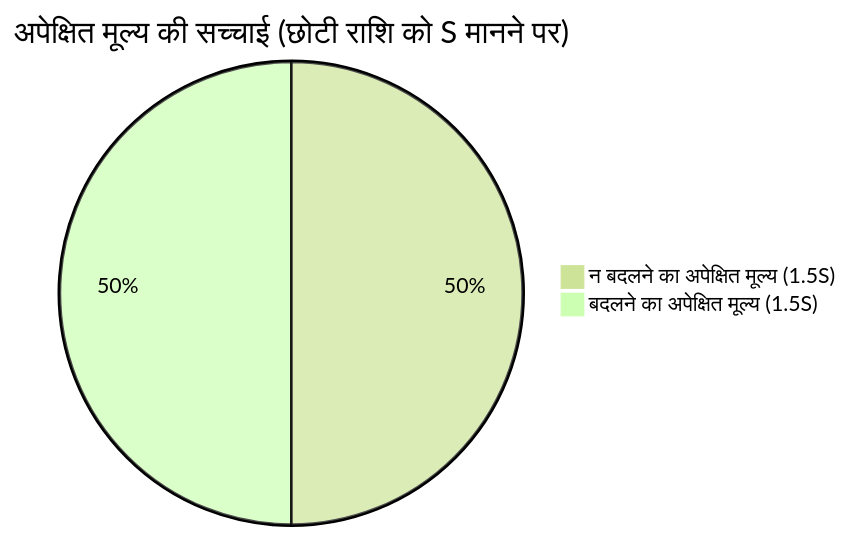
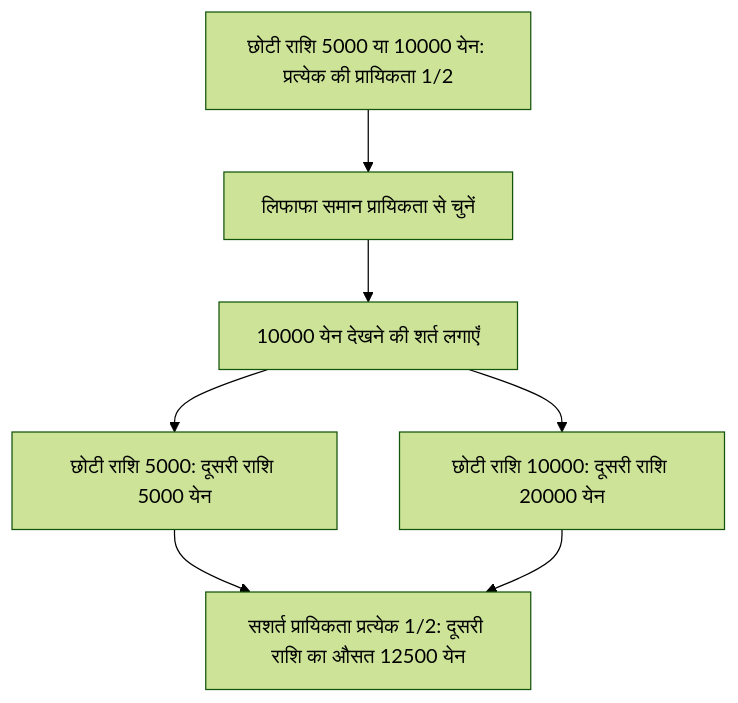
One commit to kenjinote/blog changed the second of 2 diagrams in content/post/2つの封筒のパラドックス/index.hi.md. Above: the diagram before and after it, drawn with Mermaid (forest theme). The commit also changed other lines of this file and 6 other files, not shown here.

````diff
--- a/content/post/2つの封筒のパラドックス/index.hi.md
+++ b/content/post/2つの封筒のパラドックス/index.hi.md
@@ -112,5 +90,9 @@
 ```mermaid
-pie title अपेक्षित मूल्य की सच्चाई (छोटी राशि को S मानने पर)
-    "न बदलने का अपेक्षित मूल्य (1.5S)" : 50
-    "बदलने का अपेक्षित मूल्य (1.5S)" : 50
+flowchart TD
+    A["छोटी राशि 5000 या 10000 येन: प्रत्येक की प्रायिकता 1/2"] --> B["लिफाफा समान प्रायिकता से चुनें"]
+    B --> C["10000 येन देखने की शर्त लगाएँ"]
+    C --> D["छोटी राशि 5000: दूसरी राशि 5000 येन"]
+    C --> E["छोटी राशि 10000: दूसरी राशि 20000 येन"]
+    D --> F["सशर्त प्रायिकता प्रत्येक 1/2: दूसरी राशि का औसत 12500 येन"]
+    E --> F
 ```
````
